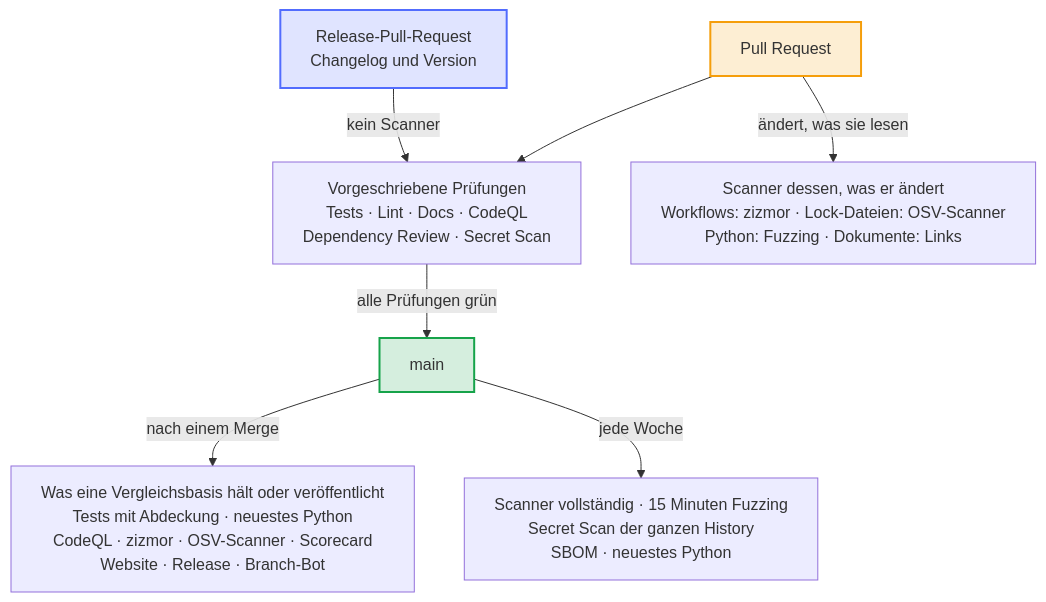
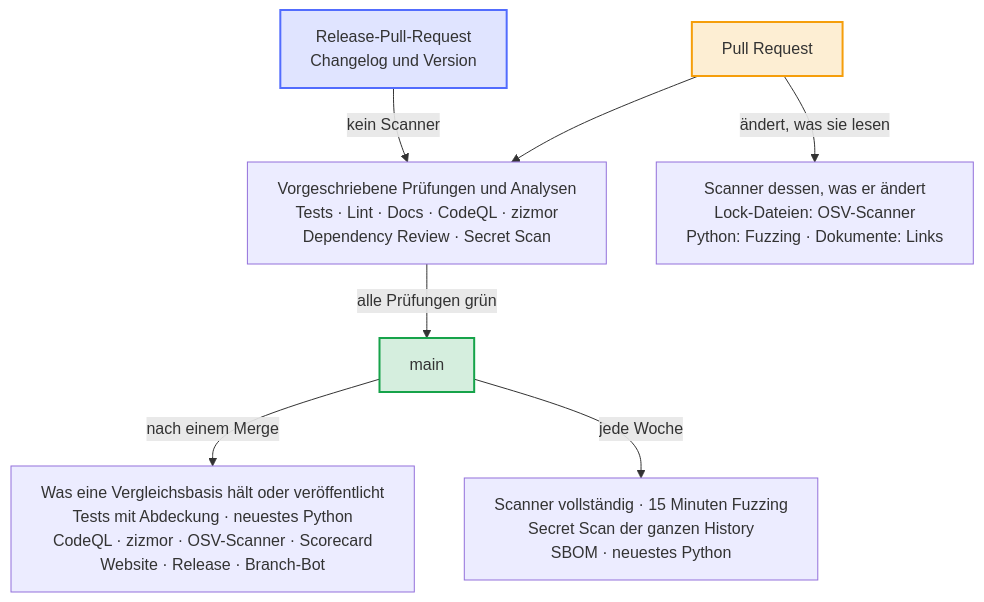
The diagram in docs/diagrams/when-the-checks-run.de.mmd (Dennis-Otto/repo-blueprint), drawn with Mermaid before and after one commit. The commit also changed 27 other files, not shown here.

```diff
--- a/docs/diagrams/when-the-checks-run.de.mmd
+++ b/docs/diagrams/when-the-checks-run.de.mmd
@@ -1,30 +1,30 @@
 ---
 config:
   flowchart:
     wrappingWidth: 400
 ---
 flowchart TB
     accTitle: Wann die Prüfungen laufen
-    accDescr: Jeder Pull Request führt die vorgeschriebenen Prüfungen aus, und die Scanner dessen, was er ändert: zizmor für einen Workflow, OSV-Scanner für eine Lock-Datei, Fuzzing für Python-Code und die Link-Prüfung für ein Dokument. Der Release-Pull-Request, der nur den Changelog und die Version ändert, führt die vorgeschriebenen Prüfungen ohne die Scanner aus. Nach einem Merge führt main nur aus, was eine Vergleichsbasis hält oder veröffentlicht. Jede Woche führt main die Scanner vollständig aus, den Secret Scan der ganzen History, die SBOM und das neueste Python.
+    accDescr: Jeder Pull Request führt die vorgeschriebenen Prüfungen und zizmor aus, auf dessen Analyse die Regeln von main warten, und die Scanner dessen, was er ändert: OSV-Scanner für eine Lock-Datei, Fuzzing für Python-Code und die Link-Prüfung für ein Dokument. Der Release-Pull-Request, der nur den Changelog und die Version ändert, führt die vorgeschriebenen Prüfungen und zizmor ohne die Scanner aus. Nach einem Merge führt main nur aus, was eine Vergleichsbasis hält oder veröffentlicht. Jede Woche führt main die Scanner vollständig aus, den Secret Scan der ganzen History, die SBOM und das neueste Python.
 
     pr["Pull Request"]
     rpr["Release-Pull-Request<br>Changelog und Version"]
-    required["Vorgeschriebene Prüfungen<br>Tests · Lint · Docs · CodeQL<br>Dependency Review · Secret Scan"]
-    scanners["Scanner dessen, was er ändert<br>Workflows: zizmor · Lock-Dateien: OSV-Scanner<br>Python: Fuzzing · Dokumente: Links"]
+    required["Vorgeschriebene Prüfungen und Analysen<br>Tests · Lint · Docs · CodeQL · zizmor<br>Dependency Review · Secret Scan"]
+    scanners["Scanner dessen, was er ändert<br>Lock-Dateien: OSV-Scanner<br>Python: Fuzzing · Dokumente: Links"]
     main["main"]
     baseline["Was eine Vergleichsbasis hält oder veröffentlicht<br>Tests mit Abdeckung · neuestes Python<br>CodeQL · zizmor · OSV-Scanner · Scorecard<br>Website · Release · Branch-Bot"]
     weekly["Scanner vollständig · 15 Minuten Fuzzing<br>Secret Scan der ganzen History<br>SBOM · neuestes Python"]
 
     pr --> required
     pr -- "ändert, was sie lesen" --> scanners
     rpr -- "kein Scanner" --> required
     required -- "alle Prüfungen grün" --> main
     main -- "nach einem Merge" --> baseline
     main -- "jede Woche" --> weekly
 
     classDef bot fill:#526cfe2e,stroke:#526cfe,stroke-width:2px
     classDef person fill:#f59e0b2e,stroke:#f59e0b,stroke-width:2px
     classDef done fill:#16a34a2e,stroke:#16a34a,stroke-width:2px
     class pr person
     class rpr bot
     class main done
```
